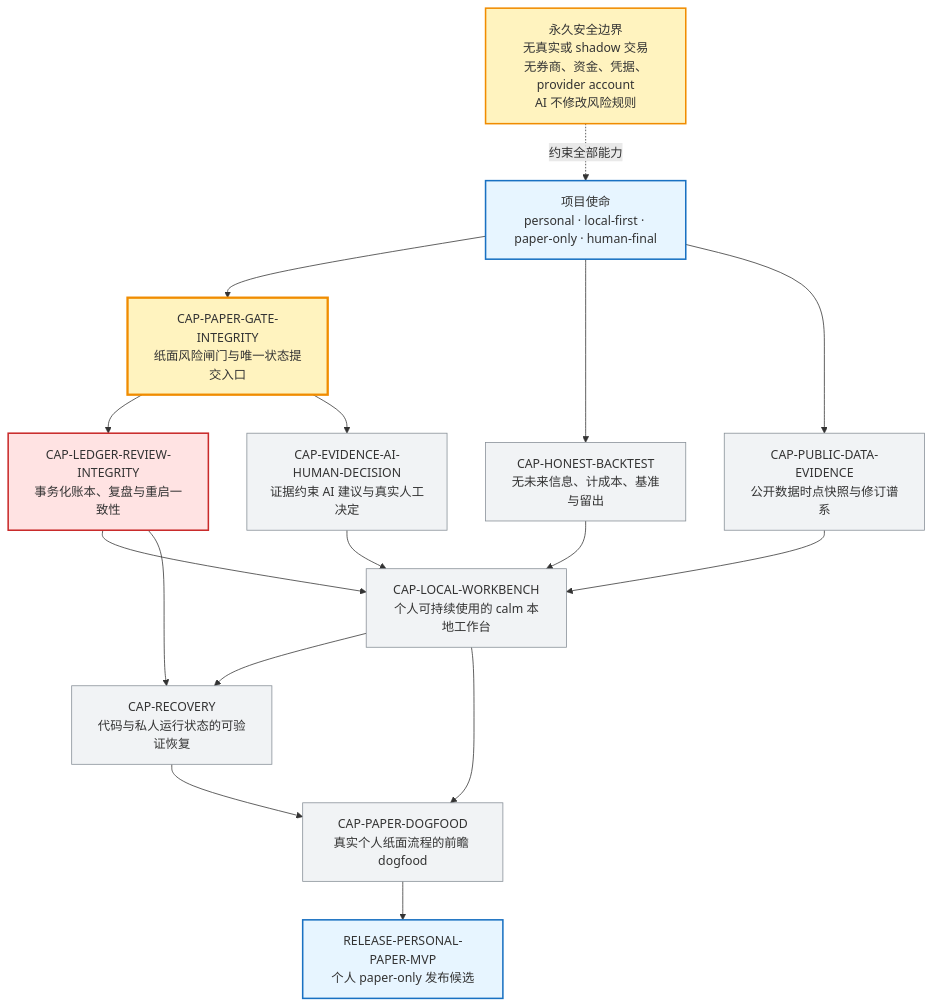
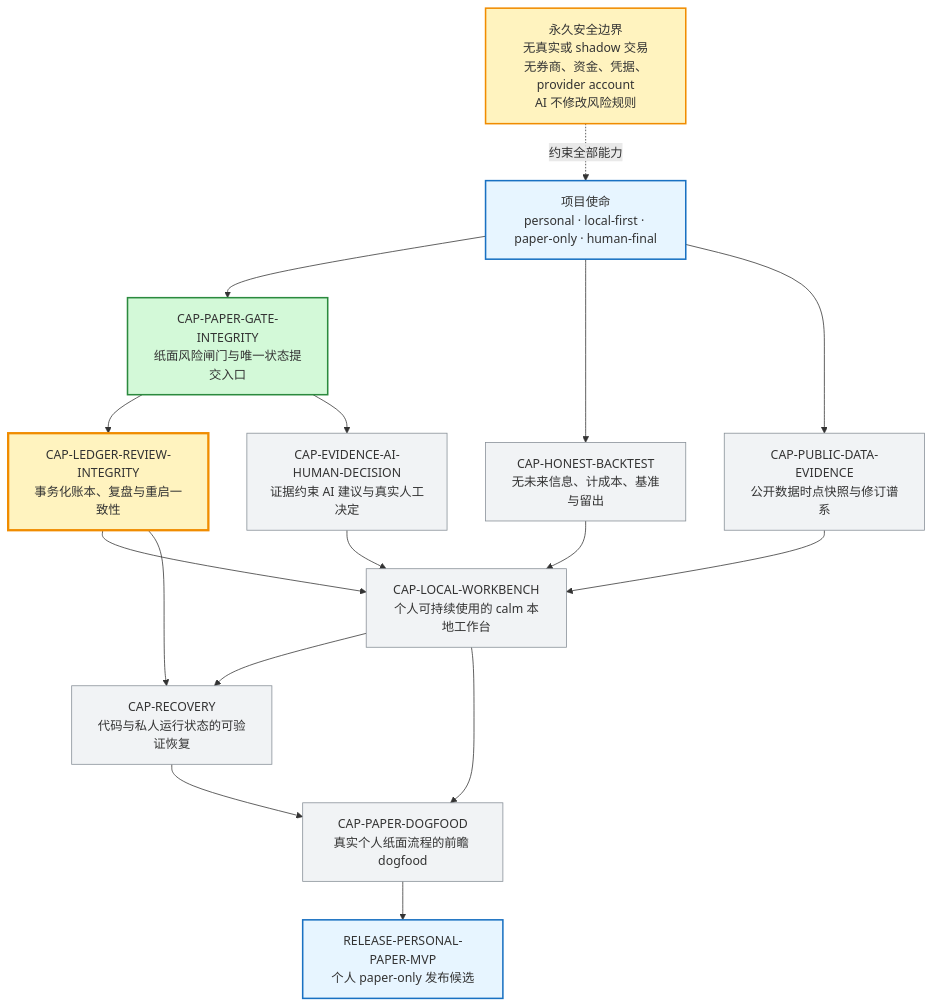
The first of 3 diagrams in MyBrain/automation/reports/investment-discipline-system/CURRENT_PROGRESS.md (j-a-v-e-n/knowledge-vault), drawn with Mermaid before and after one commit. The commit also changed other lines of this file, not shown here.

````diff
--- a/MyBrain/automation/reports/investment-discipline-system/CURRENT_PROGRESS.md
+++ b/MyBrain/automation/reports/investment-discipline-system/CURRENT_PROGRESS.md
@@ -20,35 +20,36 @@
 ```mermaid
 flowchart TB
     M["项目使命<br/>personal · local-first · paper-only · human-final"]
 
     M --> PG["CAP-PAPER-GATE-INTEGRITY<br/>纸面风险闸门与唯一状态提交入口"]
     M --> BT["CAP-HONEST-BACKTEST<br/>无未来信息、计成本、基准与留出"]
     M --> DATA["CAP-PUBLIC-DATA-EVIDENCE<br/>公开数据时点快照与修订谱系"]
 
     PG --> LEDGER["CAP-LEDGER-REVIEW-INTEGRITY<br/>事务化账本、复盘与重启一致性"]
     PG --> HUMAN["CAP-EVIDENCE-AI-HUMAN-DECISION<br/>证据约束 AI 建议与真实人工决定"]
 
     LEDGER --> WB["CAP-LOCAL-WORKBENCH<br/>个人可持续使用的 calm 本地工作台"]
     HUMAN --> WB
     BT --> WB
     DATA --> WB
 
     LEDGER --> REC["CAP-RECOVERY<br/>代码与私人运行状态的可验证恢复"]
     WB --> REC
     WB --> DOG["CAP-PAPER-DOGFOOD<br/>真实个人纸面流程的前瞻 dogfood"]
     REC --> DOG
     DOG --> MVP["RELEASE-PERSONAL-PAPER-MVP<br/>个人 paper-only 发布候选"]
 
     SAFE["永久安全边界<br/>无真实或 shadow 交易<br/>无券商、资金、凭据、provider account<br/>AI 不修改风险规则"] -.约束全部能力.-> M
 
     classDef mission fill:#e7f5ff,stroke:#1971c2,stroke-width:2px;
+    classDef done fill:#d3f9d8,stroke:#2b8a3e,stroke-width:2px;
     classDef current fill:#fff3bf,stroke:#f08c00,stroke-width:3px;
     classDef blocked fill:#ffe3e3,stroke:#c92a2a,stroke-width:2px;
     classDef pending fill:#f1f3f5,stroke:#868e96;
     classDef boundary fill:#fff3bf,stroke:#f08c00,stroke-width:2px;
     class M,MVP mission;
-    class PG current;
-    class LEDGER blocked;
+    class PG done;
+    class LEDGER current;
     class HUMAN,BT,DATA,WB,REC,DOG pending;
     class SAFE boundary;
 ```
````
